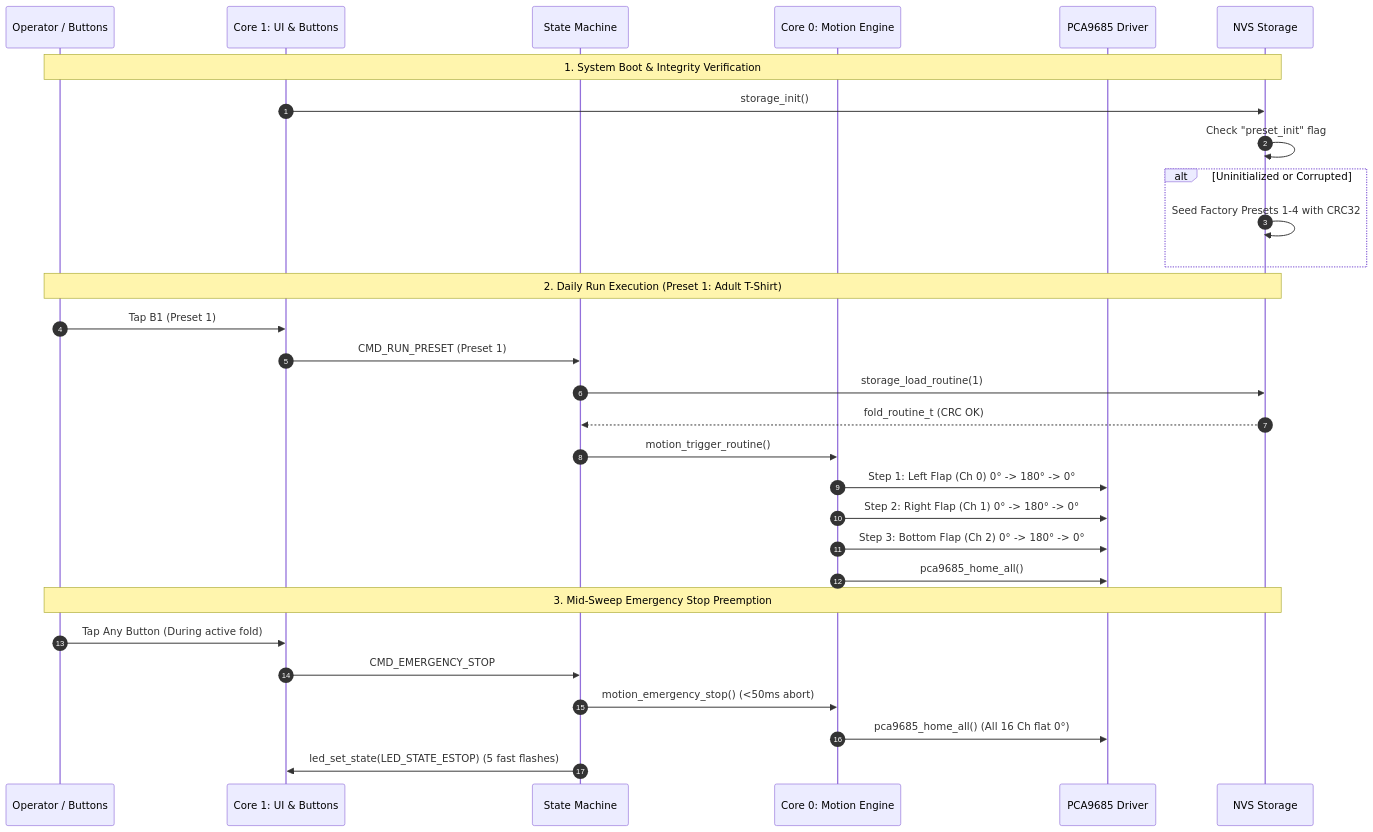
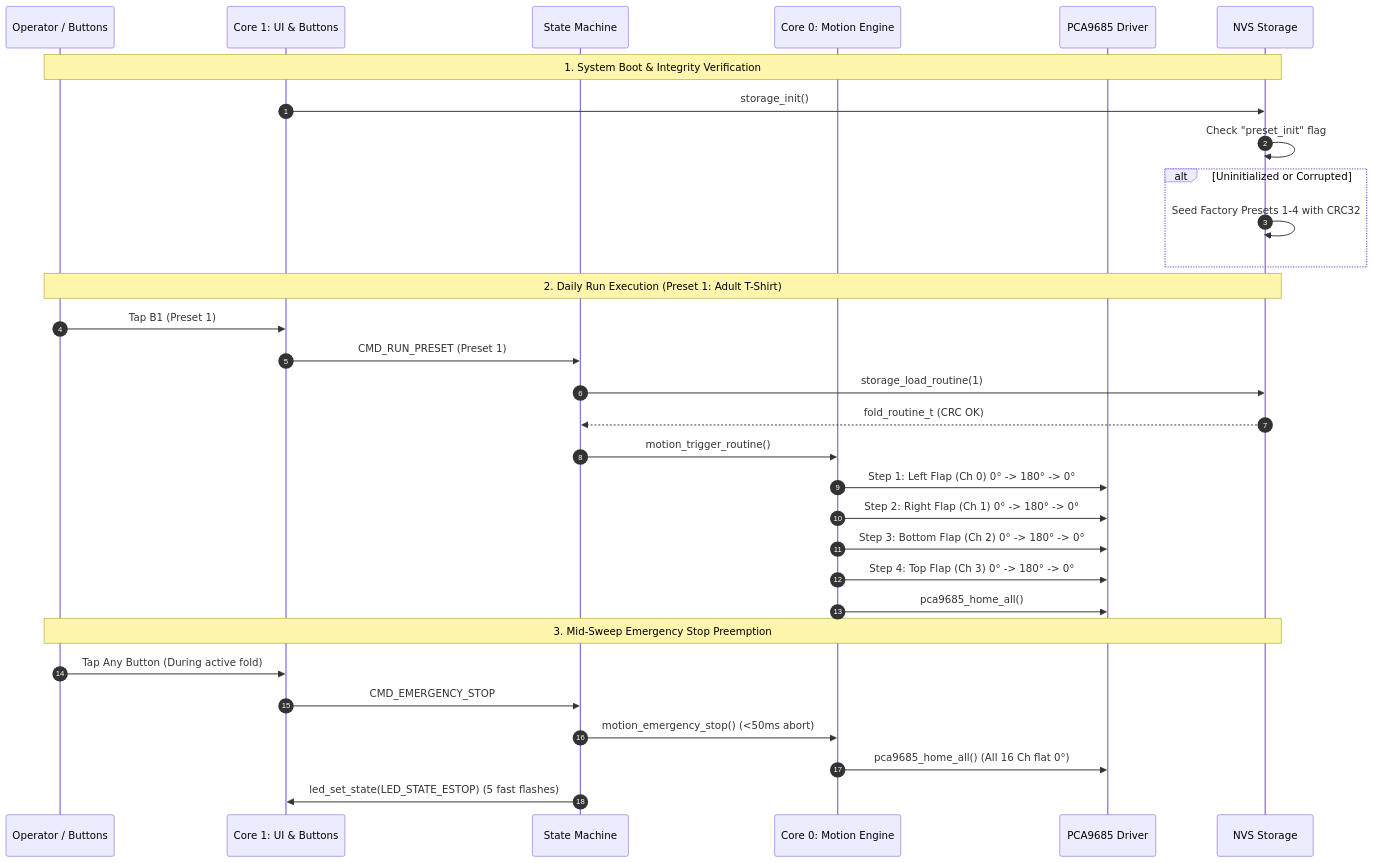
Before and after one commit to aiandrobotics/fabrica: the diagram in firmware/specs/2026-09-07-phase-7-system-validation-preset-library/requirements.md, drawn with Mermaid. The commit also changed other lines of this file and 9 other files, not shown here.

````diff
--- a/firmware/specs/2026-09-07-phase-7-system-validation-preset-library/requirements.md
+++ b/firmware/specs/2026-09-07-phase-7-system-validation-preset-library/requirements.md
@@ -82,35 +82,36 @@
 ```mermaid
 sequenceDiagram
     autonumber
     participant User as Operator / Buttons
     participant Core1 as Core 1: UI & Buttons
     participant SM as State Machine
     participant Core0 as Core 0: Motion Engine
     participant PCA as PCA9685 Driver
     participant NVS as NVS Storage
 
     Note over User,NVS: 1. System Boot & Integrity Verification
     Core1->>NVS: storage_init()
     NVS->>NVS: Check "preset_init" flag
     alt Uninitialized or Corrupted
         NVS->>NVS: Seed Factory Presets 1-4 with CRC32
     end
 
     Note over User,NVS: 2. Daily Run Execution (Preset 1: Adult T-Shirt)
     User->>Core1: Tap B1 (Preset 1)
     Core1->>SM: CMD_RUN_PRESET (Preset 1)
     SM->>NVS: storage_load_routine(1)
     NVS-->>SM: fold_routine_t (CRC OK)
     SM->>Core0: motion_trigger_routine()
     Core0->>PCA: Step 1: Left Flap (Ch 0) 0° -> 180° -> 0°
     Core0->>PCA: Step 2: Right Flap (Ch 1) 0° -> 180° -> 0°
     Core0->>PCA: Step 3: Bottom Flap (Ch 2) 0° -> 180° -> 0°
+    Core0->>PCA: Step 4: Top Flap (Ch 3) 0° -> 180° -> 0°
     Core0->>PCA: pca9685_home_all()
 
     Note over User,NVS: 3. Mid-Sweep Emergency Stop Preemption
     User->>Core1: Tap Any Button (During active fold)
     Core1->>SM: CMD_EMERGENCY_STOP
     SM->>Core0: motion_emergency_stop() (<50ms abort)
     Core0->>PCA: pca9685_home_all() (All 16 Ch flat 0°)
     SM->>Core1: led_set_state(LED_STATE_ESTOP) (5 fast flashes)
 ```
````
